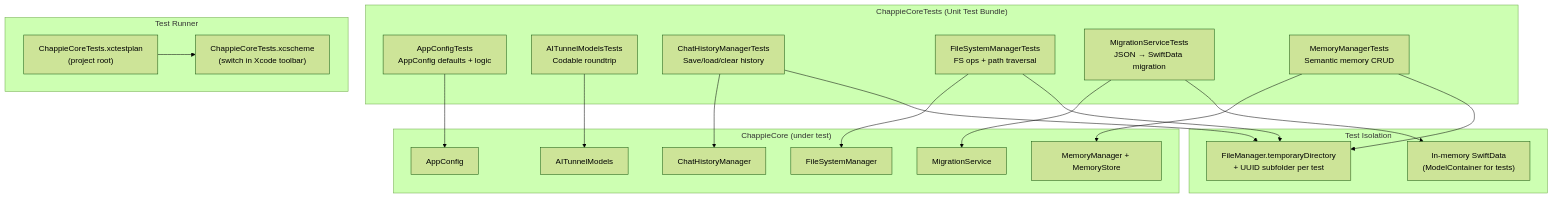
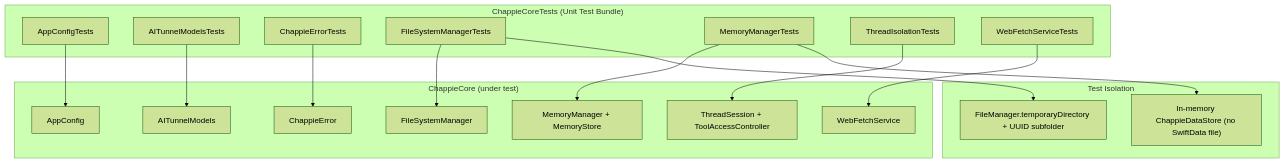
Before and after one commit to iOSIvanovS/chappieai: the diagram in ChappieCoreTests/architecture.md, drawn with Mermaid (forest theme). The commit also changed other lines of this file and 6 other files, not shown here.

Commit message:
T-06: actualize all architecture files

````diff
--- a/ChappieCoreTests/architecture.md
+++ b/ChappieCoreTests/architecture.md
@@ -55,43 +42,38 @@
 ```mermaid
 graph TD
     subgraph TestTarget["ChappieCoreTests (Unit Test Bundle)"]
-        ACT["AppConfigTests\nAppConfig defaults + logic"]
-        ATMT["AITunnelModelsTests\nCodable roundtrip"]
-        CHMT["ChatHistoryManagerTests\nSave/load/clear history"]
-        FSMT["FileSystemManagerTests\nFS ops + path traversal"]
-        MST["MigrationServiceTests\nJSON → SwiftData migration"]
-        MMT["MemoryManagerTests\nSemantic memory CRUD"]
+        ACT["AppConfigTests"]
+        ATMT["AITunnelModelsTests"]
+        CET["ChappieErrorTests"]
+        FSMT["FileSystemManagerTests"]
+        MMT["MemoryManagerTests"]
+        TIT["ThreadIsolationTests"]
+        WFST["WebFetchServiceTests"]
     end
 
     subgraph Core["ChappieCore (under test)"]
         AC["AppConfig"]
         ATM["AITunnelModels"]
-        CHM["ChatHistoryManager"]
+        CE["ChappieError"]
         FSM["FileSystemManager"]
-        Mig["MigrationService"]
         MemM["MemoryManager + MemoryStore"]
-    end
-
-    subgraph Isolation["Test Isolation"]
-        TmpDir["FileManager.temporaryDirectory\n+ UUID subfolder per test"]
-        SD["In-memory SwiftData\n(ModelContainer for tests)"]
+        TS["ThreadSession + ToolAccessController"]
+        WFS["WebFetchService"]
     end
 
     ACT --> AC
     ATMT --> ATM
-    CHMT --> CHM
+    CET --> CE
     FSMT --> FSM
-    MST --> Mig
     MMT --> MemM
+    TIT --> TS
+    WFST --> WFS
 
-    CHMT --> TmpDir
+    subgraph Isolation["Test Isolation"]
+        TmpDir["FileManager.temporaryDirectory + UUID subfolder"]
+        InMemDS["In-memory ChappieDataStore (no SwiftData file)"]
+    end
+
+    MMT --> InMemDS
     FSMT --> TmpDir
-    MST --> SD
-    MMT --> TmpDir
-
-    subgraph Runner["Test Runner"]
-        Plan["ChappieCoreTests.xctestplan\n(project root)"]
-        Scheme["ChappieCoreTests.xcscheme\n(switch in Xcode toolbar)"]
-        Plan --> Scheme
-    end
 ```
````
